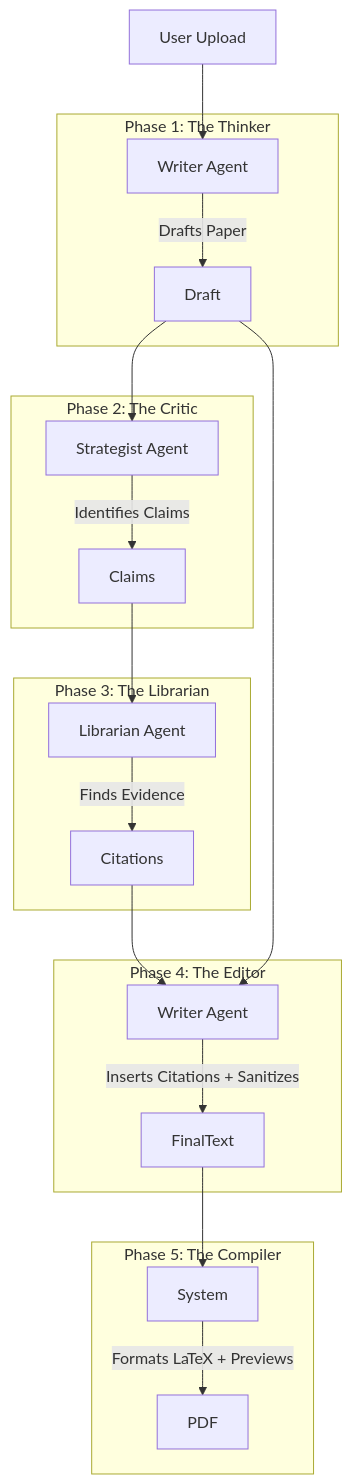
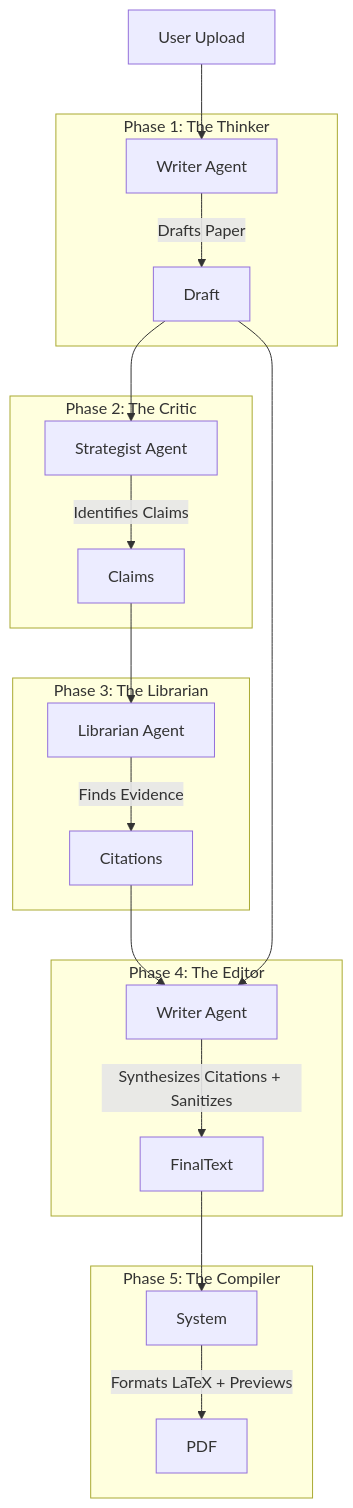
One commit to keithligh/Auto-Academic-Paper-RC1 changed the diagram in ARCHITECTURE.md. Above: the diagram before and after it, drawn with Mermaid. The commit also changed other lines of this file and 1 other file, not shown here.

Commit message:
docs: Update architecture and pipeline mapping to reflect v1.1.1 changes

````diff
--- a/ARCHITECTURE.md
+++ b/ARCHITECTURE.md
@@ -72,24 +74,24 @@
 ```mermaid
 graph TD
     User[User Upload] --> P1
     subgraph "Phase 1: The Thinker"
     P1[Writer Agent] -->|Drafts Paper| Draft
     end
     Draft --> P2
     subgraph "Phase 2: The Critic"
     P2[Strategist Agent] -->|Identifies Claims| Claims
     end
     Claims --> P3
     subgraph "Phase 3: The Librarian"
     P3[Librarian Agent] -->|Finds Evidence| Citations
     end
     Citations --> P4
     Draft --> P4
     subgraph "Phase 4: The Editor"
-    P4[Writer Agent] -->|Inserts Citations + Sanitizes| FinalText
+    P4[Writer Agent] -->|Synthesizes Citations + Sanitizes| FinalText
     end
     FinalText --> P5
     subgraph "Phase 5: The Compiler"
     P5[System] -->|Formats LaTeX + Previews| PDF
     end
 ```
````
